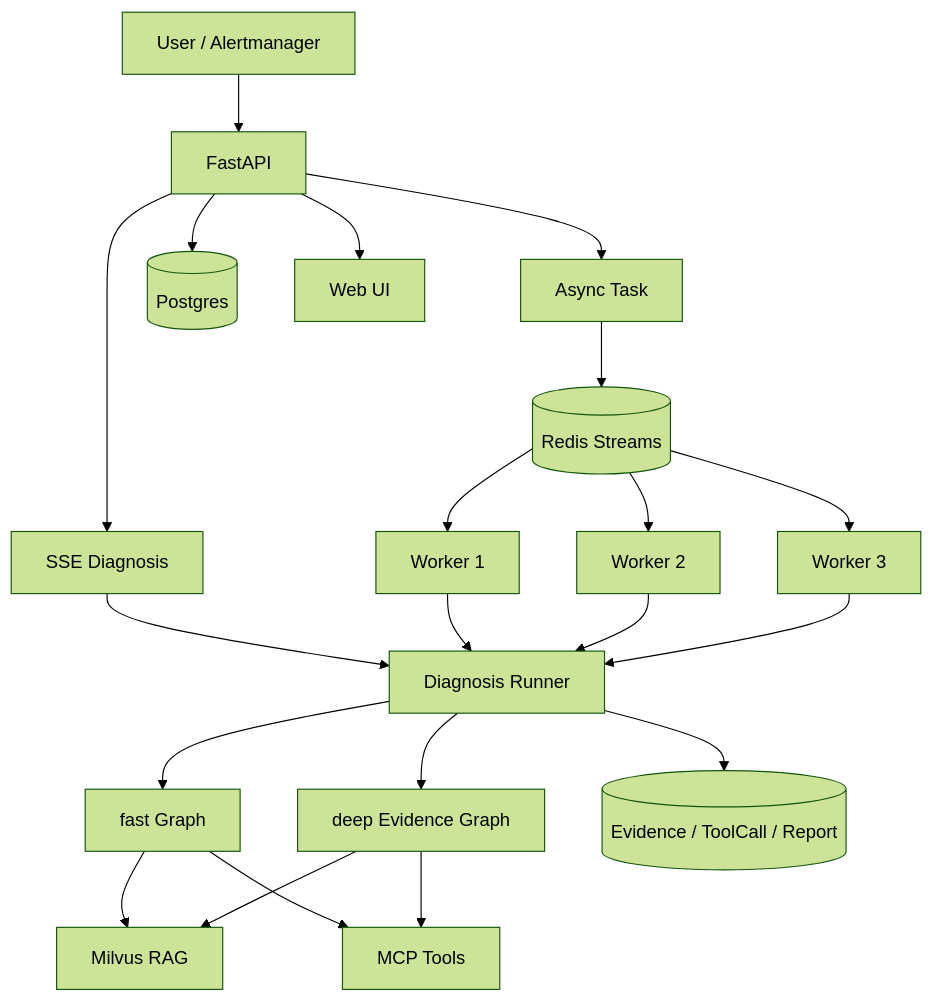
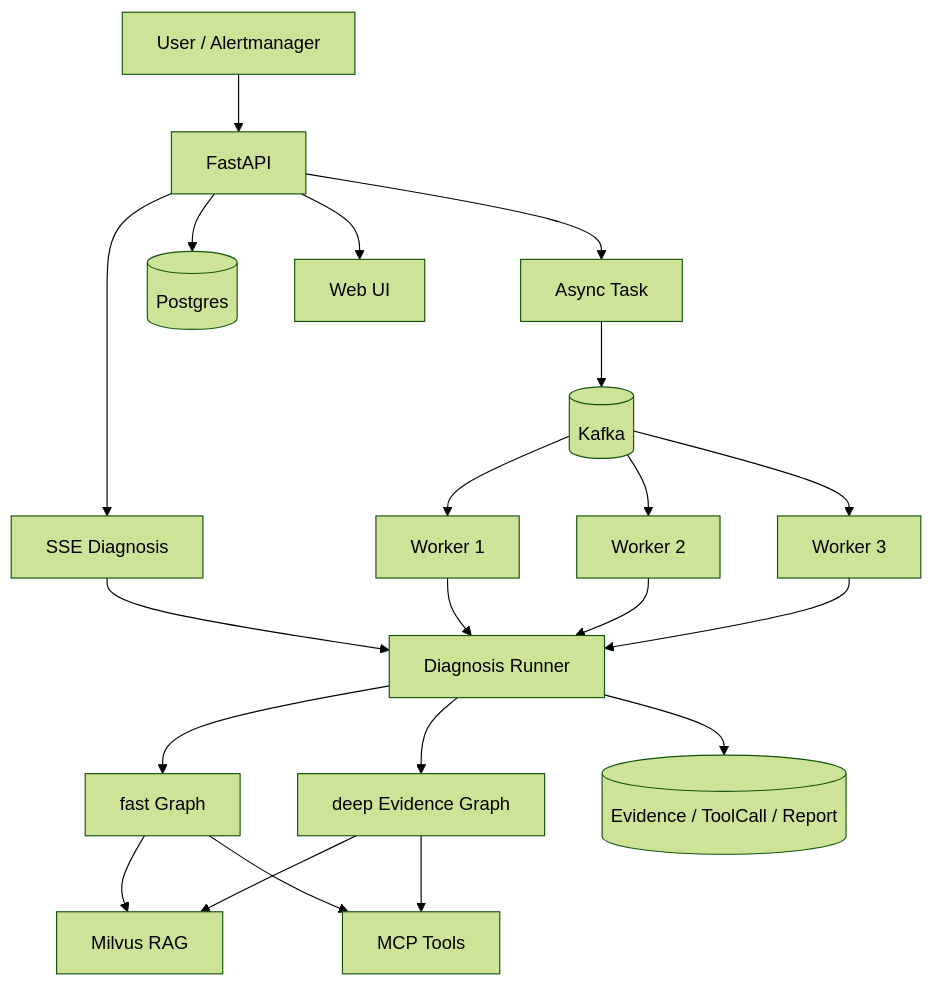
One commit to 56wj/mutil-rag-agent-main changed the diagram in README.md. Above: the diagram before and after it, drawn with Mermaid (forest theme). The commit also changed other lines of this file and 28 other files, not shown here.

Commit message:
refactor: migrate incident queue from Redis Streams to Kafka

````diff
--- a/README.md
+++ b/README.md
@@ -27,23 +27,23 @@
 ```mermaid
 flowchart TD
     U[User / Alertmanager] --> API[FastAPI]
     API --> SYNC[SSE Diagnosis]
     API --> TASK[Async Task]
     API --> DB[(Postgres)]
-    TASK --> QUEUE[(Redis Streams)]
+    TASK --> QUEUE[(Kafka)]
     QUEUE --> W1[Worker 1]
     QUEUE --> W2[Worker 2]
     QUEUE --> W3[Worker 3]
     SYNC --> RUNNER[Diagnosis Runner]
     W1 --> RUNNER
     W2 --> RUNNER
     W3 --> RUNNER
     RUNNER --> FAST[fast Graph]
     RUNNER --> DEEP[deep Evidence Graph]
     FAST --> RAG[Milvus RAG]
     DEEP --> RAG
     FAST --> MCP[MCP Tools]
     DEEP --> MCP
     RUNNER --> EVIDENCE[(Evidence / ToolCall / Report)]
     API --> UI[Web UI]
 ```
````
